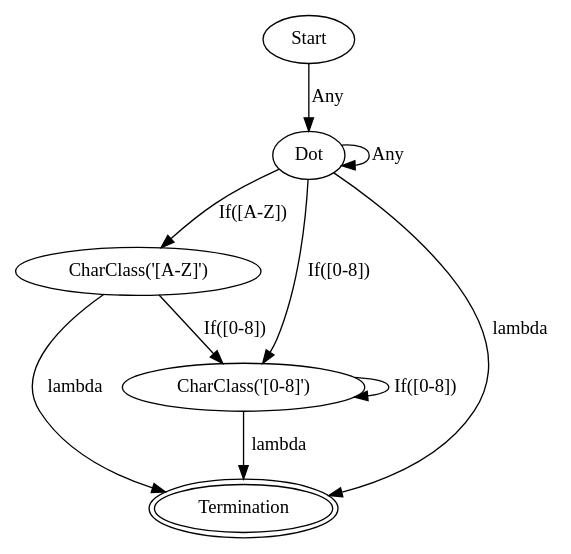
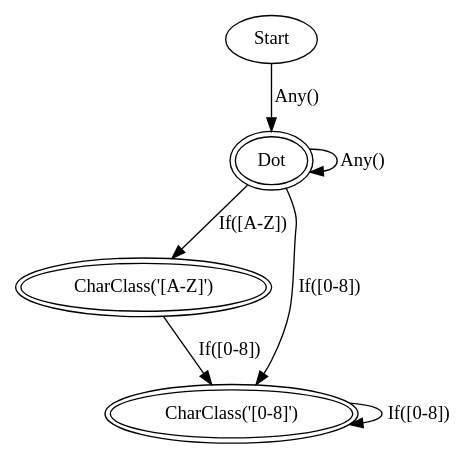
One commit to kerfmanner/Regex_FSM changed the diagram in examples/pattern8.dot. Above: the diagram before and after it, drawn with Graphviz. The commit also changed 14 other files, not shown here.

```diff
--- a/examples/pattern8.dot
+++ b/examples/pattern8.dot
@@ -1,16 +1,12 @@
 digraph FSM {
 node0 [label="Start"];
-node0 -> node1 [label="Any"];
-node1 [label="Dot"];
-node1 -> node1 [label="Any"];
+node0 -> node1 [label="Any()"];
+node1 [label="Dot", peripheries=2];
+node1 -> node1 [label="Any()"];
 node1 -> node2 [label="If([A-Z])"];
 node1 -> node3 [label="If([0-8])"];
-node1 -> node4 [label="lambda"];
-node2 [label="CharClass('[A-Z]')"];
+node2 [label="CharClass('[A-Z]')", peripheries=2];
 node2 -> node3 [label="If([0-8])"];
-node2 -> node4 [label="lambda"];
-node3 [label="CharClass('[0-8]')"];
+node3 [label="CharClass('[0-8]')", peripheries=2];
 node3 -> node3 [label="If([0-8])"];
-node3 -> node4 [label="lambda"];
-node4 [label="Termination", peripheries=2];
 }
```
